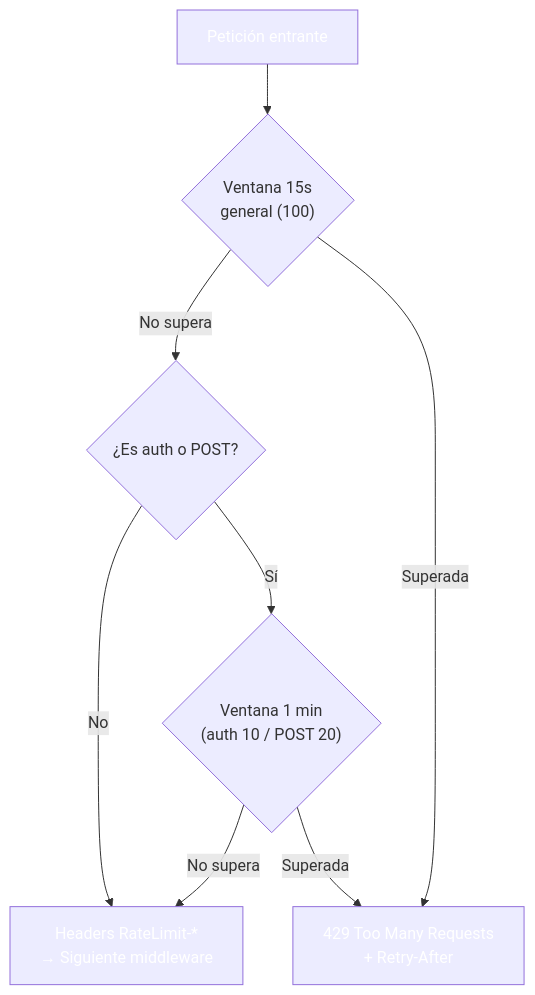
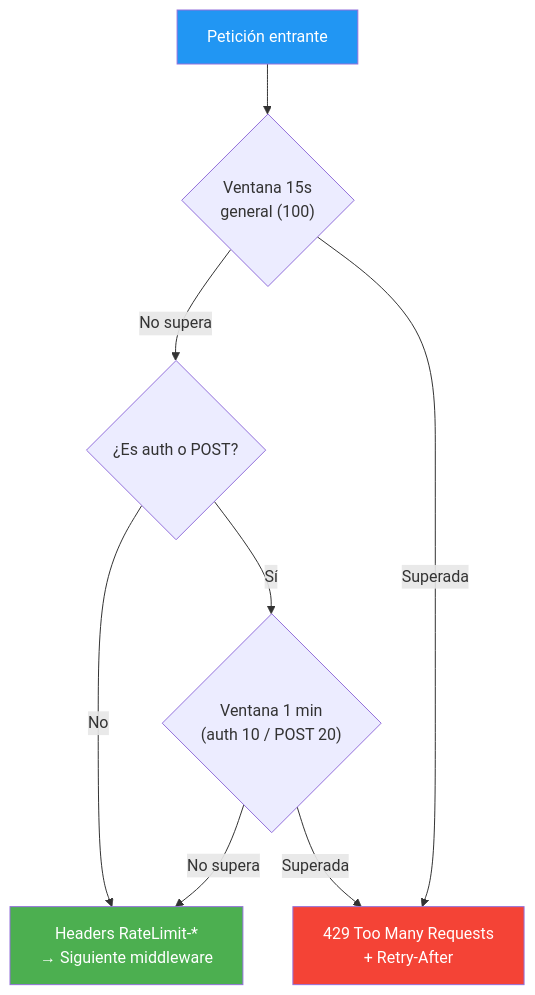
One commit to joseluisgs/DesarrolloWebEntornosServidor-02-2026-2027 changed the third of 3 diagrams in 23-optimizacion.md. Above: the diagram before and after it, drawn with Mermaid. The commit also changed other lines of this file and 29 other files, not shown here.

Commit message:
docs: corregir estilos Mermaid y estilo, quitar referencias a la Tienda y reestructurar los retos 13 y 15

````diff
--- a/23-optimizacion.md
+++ b/23-optimizacion.md
@@ -705,14 +705,14 @@
 ```mermaid
 flowchart TD
     A["Petición entrante"] --> B{"Ventana 15s\ngeneral (100)"}
     B -->|"No supera"| C{"¿Es auth o POST?"}
     B -->|"Superada"| D["429 Too Many Requests\n+ Retry-After"]
     C -->|"No"| E["Headers RateLimit-*\n→ Siguiente middleware"]
     C -->|"Sí"| F{"Ventana 1 min\n(auth 10 / POST 20)"}
     F -->|"No supera"| E
     F -->|"Superada"| D
 
-    style A fill:#2196F,color:#fff3,color:#fff
-    style D fill:#f4433,color:#fff6,color:#fff
-    style E fill:#4CAF5,color:#fff0,color:#fff
+    style A fill:#2196F3,color:#fff
+    style D fill:#f44336,color:#fff
+    style E fill:#4CAF50,color:#fff
 ```
````
